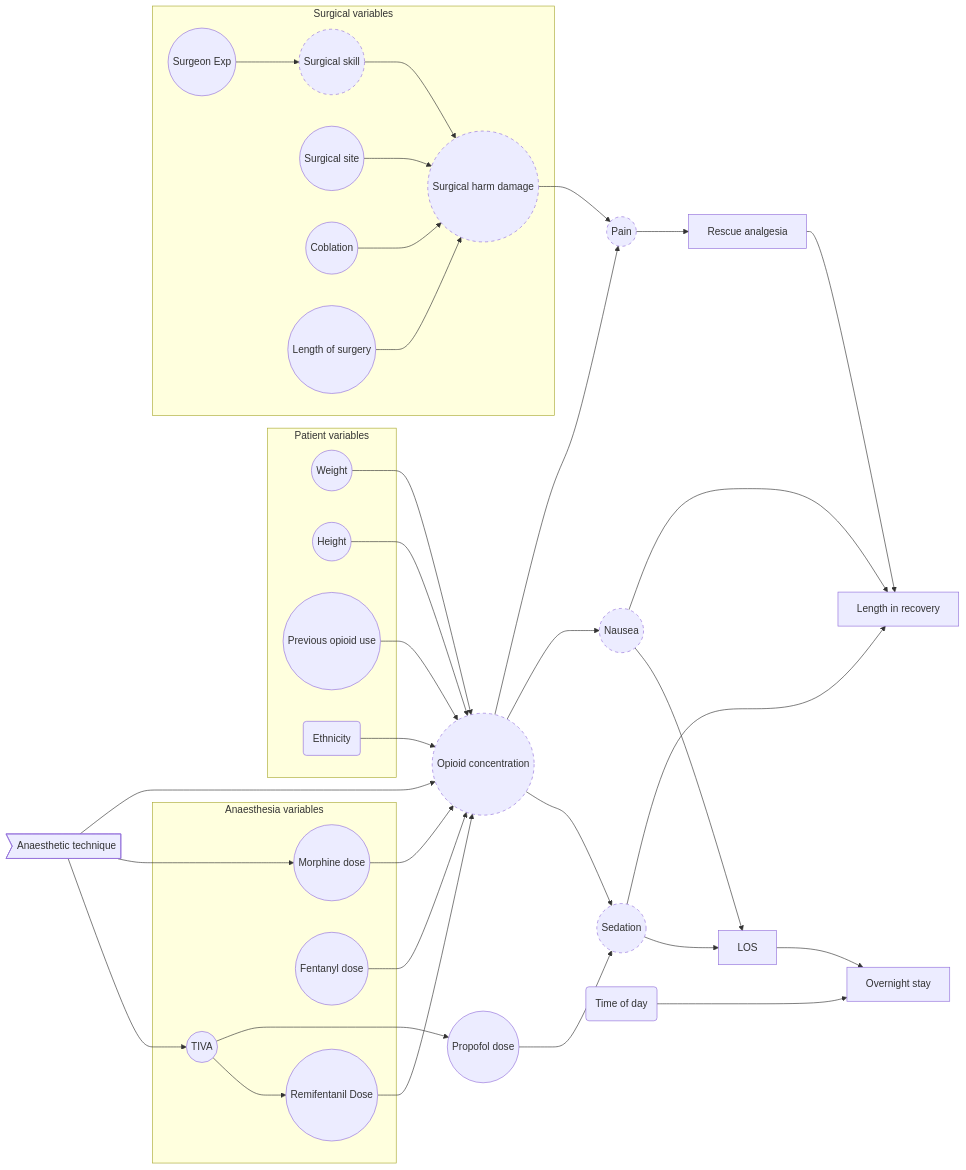
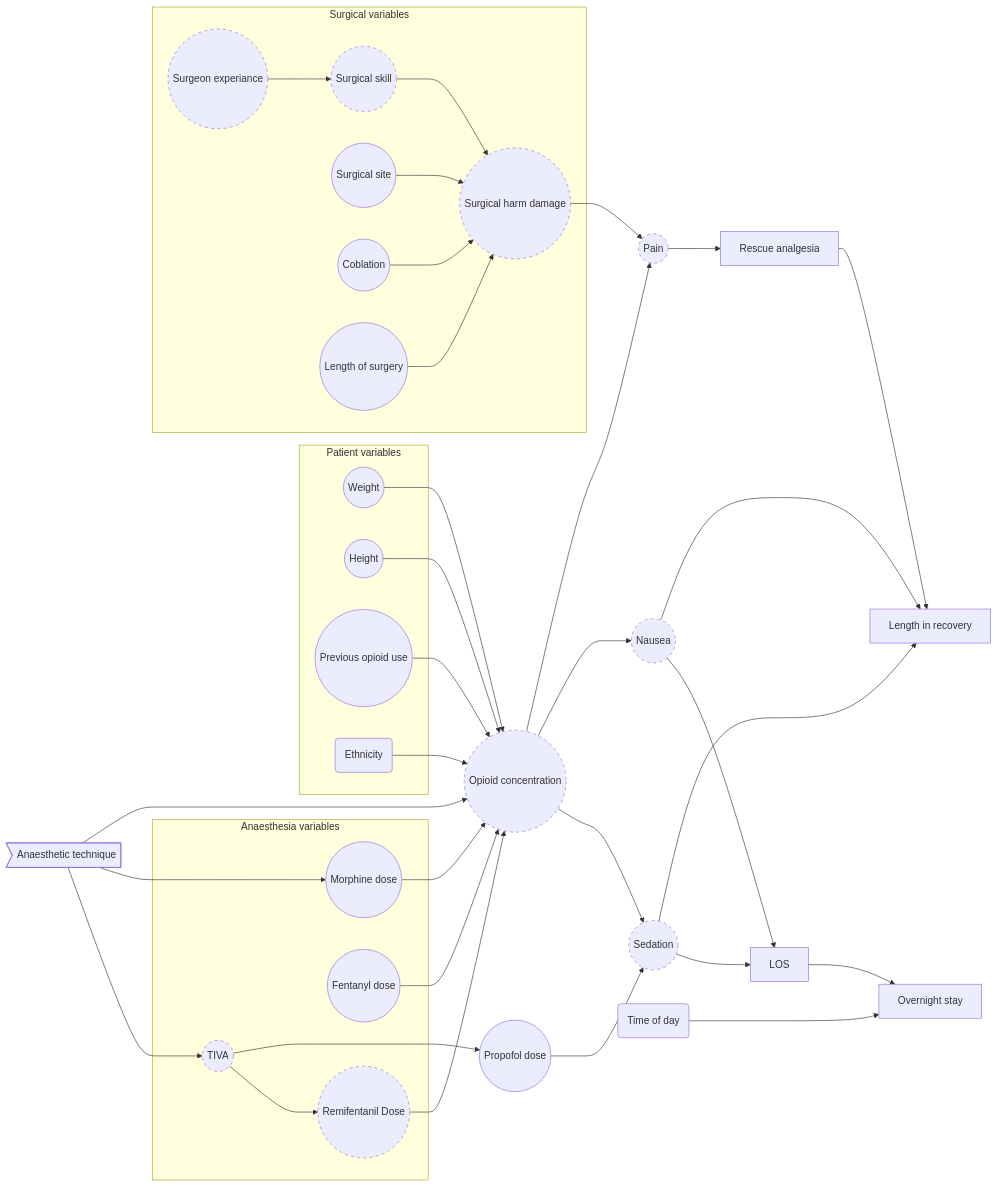
One commit to DW10/tonsillectomy_analgesia changed the diagram in diagrams/sfig-dag.mmd. Above: the diagram before and after it, drawn with Mermaid. The commit also changed 7 other files, not shown here.

```diff
--- a/diagrams/sfig-dag.mmd
+++ b/diagrams/sfig-dag.mmd
@@ -1,87 +1,87 @@
 flowchart LR
     classDef dashedNode stroke-dasharray: 5 5
 
     AT>Anaesthetic technique]
-    TIVA((TIVA))
+    TIVA((TIVA)):::dashedNode
     MD((Morphine dose))
     FD((Fentanyl dose))
     WT((Weight))
     HT((Height))
    
     OC((Previous opioid use))
     ETH(Ethnicity)
     OAC((Opioid concentration)):::dashedNode
-    SE((Surgeon Exp))
+    SE((Surgeon experiance)):::dashedNode
     SS((Surgical skill)):::dashedNode
     SI((Surgical site))
     SHD((Surgical harm damage)):::dashedNode
     COB((Coblation))
     LOSurg((Length of surgery))
     SED((Sedation)):::dashedNode
     NAU((Nausea)):::dashedNode
     PAIN((Pain)):::dashedNode
     TOD(Time of day)
     ON[Overnight stay]
     LOS[LOS]
     LIR[Length in recovery]
     RR[Rescue analgesia]
-    RD((Remifentanil Dose))
+    RD((Remifentanil Dose)):::dashedNode
     PD((Propofol dose))
 
     subgraph PV[Patient variables]
         WT((Weight))
         HT((Height))
         ETH(Ethnicity)
         OC
     end
 
 
     subgraph PV2[Anaesthesia variables]
     TIVA
     MD
     FD
     RD
     RD
     end
 
       subgraph PV3[Surgical variables]
     SS
     SI
     SE
     SHD
     COB
     LOSurg
     end
 
     AT --> TIVA
     AT --> MD
     AT --> OAC
 
     TIVA --> RD
     RD --> OAC
     TIVA --> PD
     PD --> SED
 
     MD --> OAC
     FD --> OAC
     WT --> OAC
     HT --> OAC
     OC --> OAC
     ETH --> OAC
     OAC --> SED
     OAC --> NAU
     OAC --> PAIN
     SE --> SS
     SS --> SHD
     SI --> SHD
     COB --> SHD
     LOSurg --> SHD
     SHD --> PAIN
     PAIN --> RR
     RR --> LIR
     SED --> LOS
     SED --> LIR
     NAU --> LOS
     NAU --> LIR
     TOD ---> ON
     LOS --> ON
```
